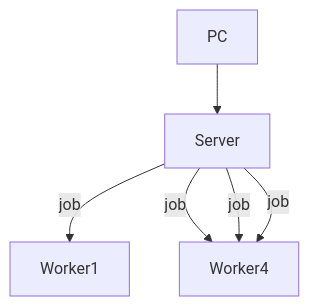
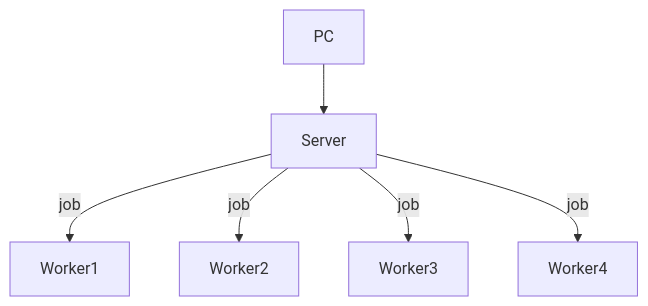
The diagram in README.md (zhubonan/disp), drawn with Mermaid before and after one commit.

````diff
--- a/README.md
+++ b/README.md
@@ -11,10 +11,10 @@
 ```mermaid
 flowchart
 
 A[PC] --> B[Server]
 
 B -->|job| W1[Worker1]
 B -->|job| W2[Worker2]
-B -->|job| W2[Worker3]
-B -->|job| W2[Worker4]
+B -->|job| W3[Worker3]
+B -->|job| W4[Worker4]
 ```
````
